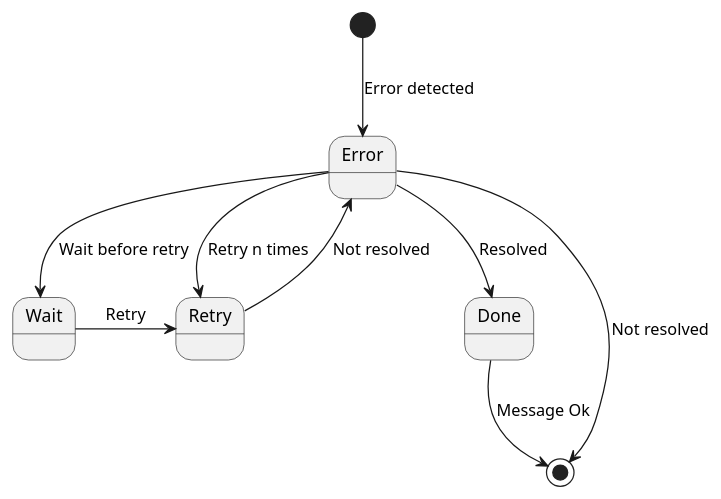
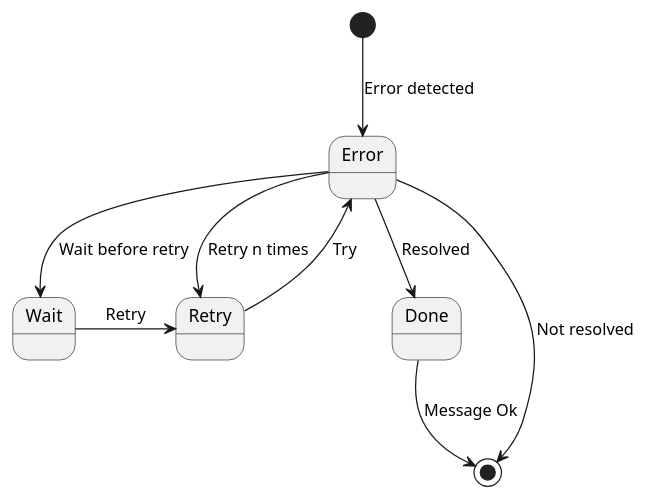
Before and after one commit to buidiaconseil/ErrorManagementPattern: the diagram in ErrorStateManagement.wsd, drawn with PlantUML.

Commit message:
push more

```diff
--- a/ErrorStateManagement.wsd
+++ b/ErrorStateManagement.wsd
@@ -1,13 +1,13 @@
 @startuml
 
 [*] --> Error : Error detected
 Error --> Done : Resolved
 Error -> Retry : Retry n times
-Retry --> Error : Not resolved
+Retry --> Error : Try
 Error --> Wait : Wait before retry
 Wait -> Retry : Retry
 Error --> [*] : Not resolved
 Done --> [*] : Message Ok
 
 
 @enduml
```
